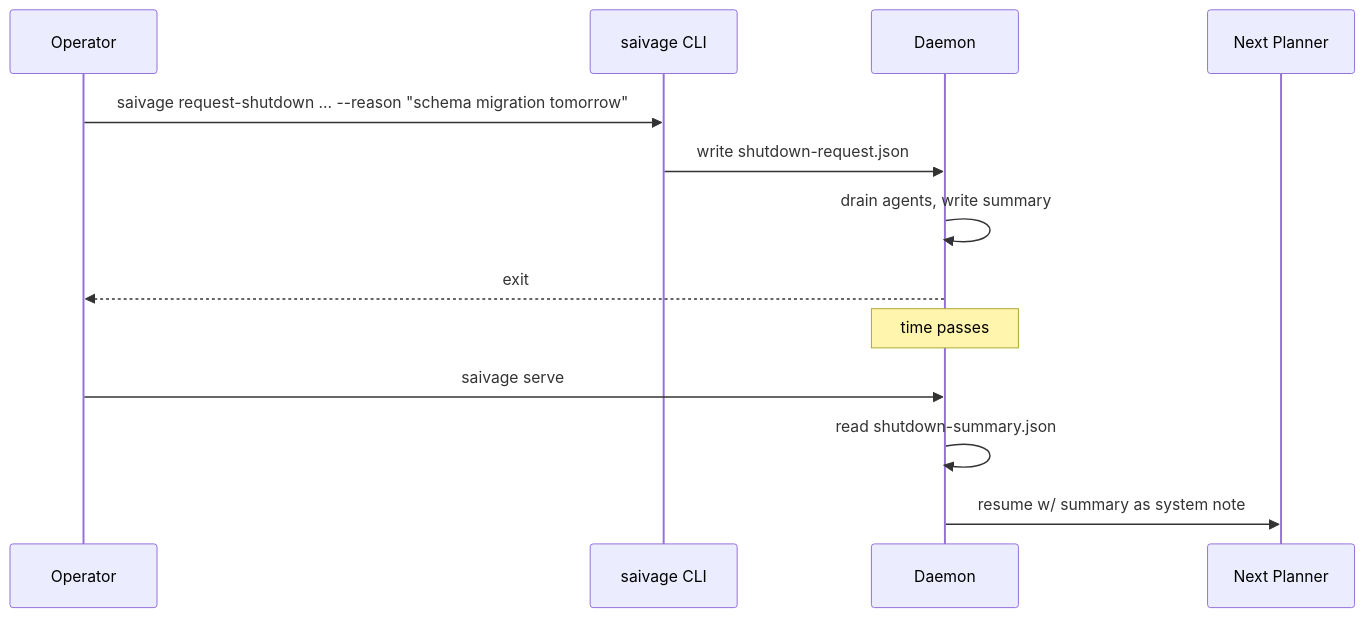
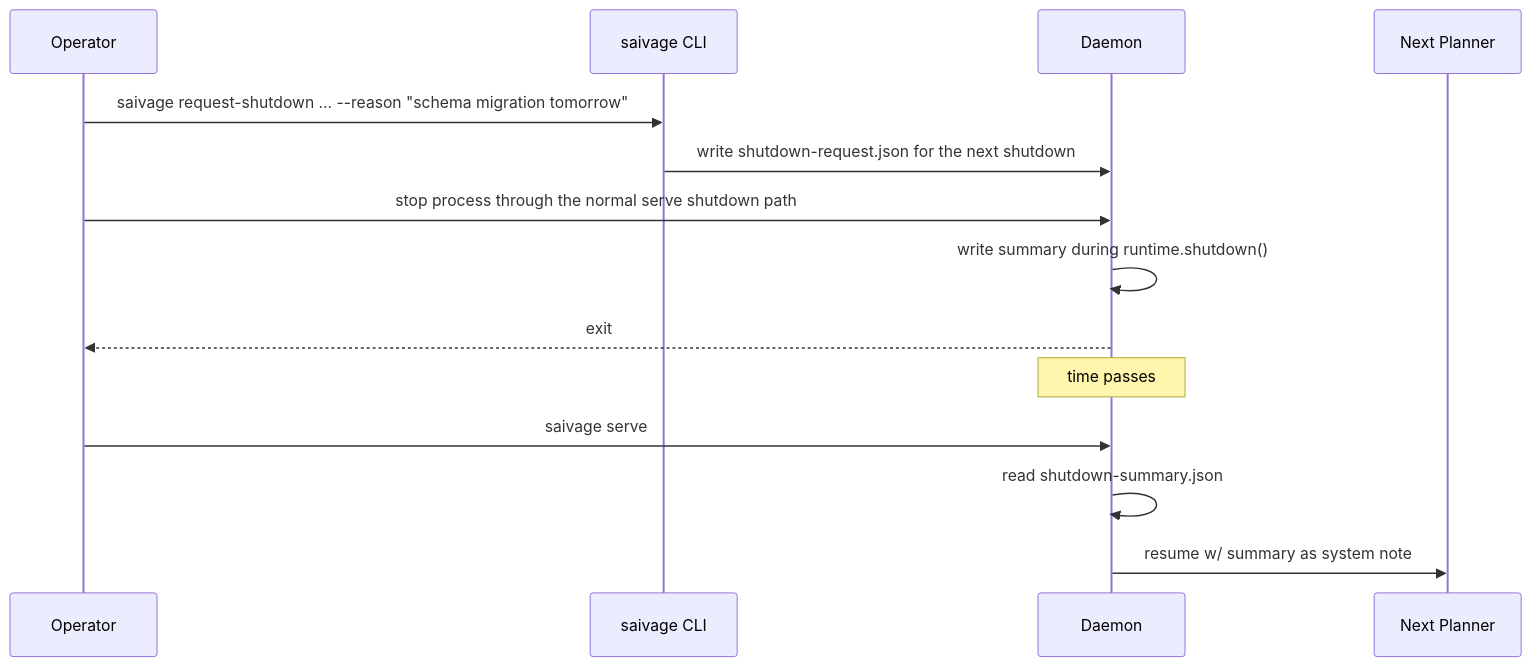
One commit to salva/saivage changed the diagram in docs/internals/runtime/supervisor.md. Above: the diagram before and after it, drawn with Mermaid. The commit also changed other lines of this file, not shown here.

First line of the commit message:
docs: wave 10 — accuracy fixes for docs/internals/runtime/supervisor.md

````diff
--- a/docs/internals/runtime/supervisor.md
+++ b/docs/internals/runtime/supervisor.md
@@ -63,16 +69,17 @@
 ```mermaid
 sequenceDiagram
   participant Op as Operator
   participant CLI as saivage CLI
   participant Daemon
   participant Plan as Next Planner
 
   Op->>CLI: saivage request-shutdown … --reason "schema migration tomorrow"
-  CLI->>Daemon: write shutdown-request.json
-  Daemon->>Daemon: drain agents, write summary
+  CLI->>Daemon: write shutdown-request.json for the next shutdown
+  Op->>Daemon: stop process through the normal serve shutdown path
+  Daemon->>Daemon: write summary during runtime.shutdown()
   Daemon-->>Op: exit
   Note over Daemon: time passes
   Op->>Daemon: saivage serve
   Daemon->>Daemon: read shutdown-summary.json
   Daemon->>Plan: resume w/ summary as system note
 ```
````
